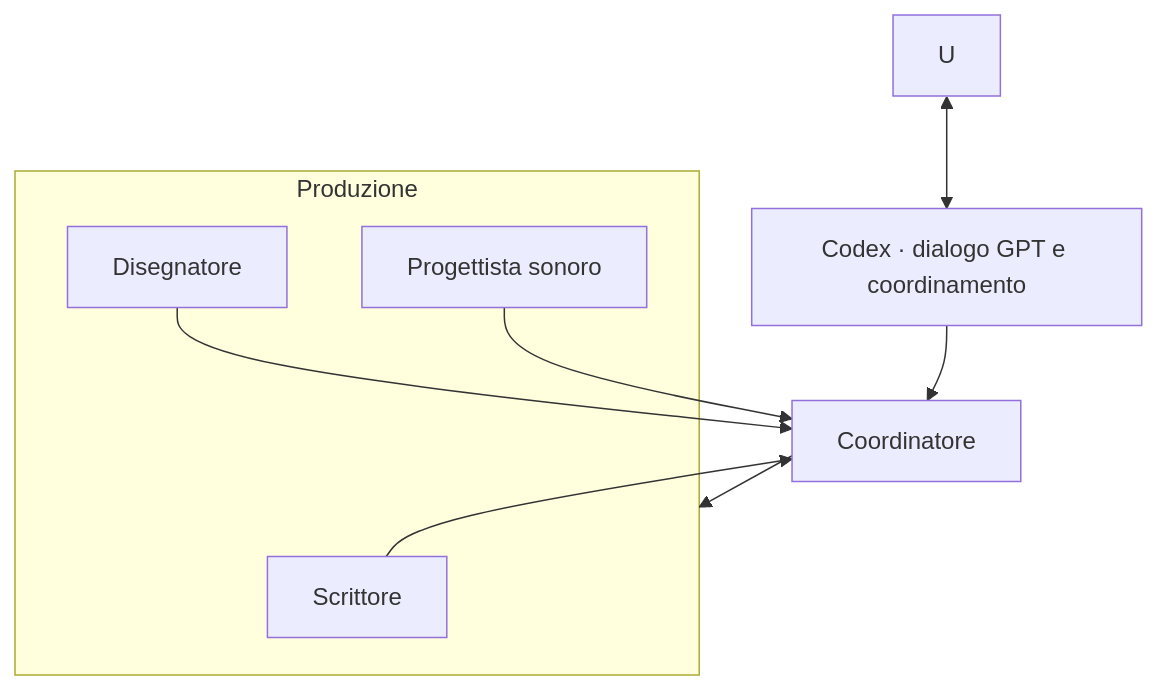
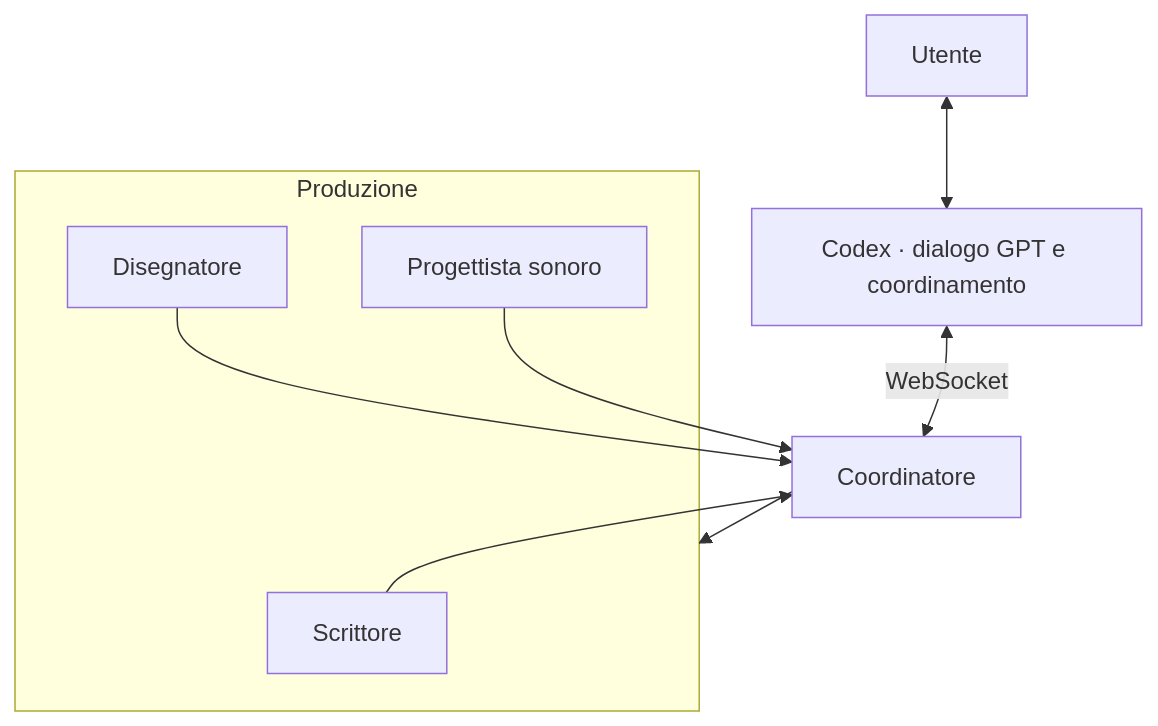
One commit to DRincs-Productions/LM-Studio changed the first of 10 diagrams in README.md. Above: the diagram before and after it, drawn with Mermaid.

Commit message:
docs: label user and bidirectional WebSocket coordinator link

````diff
--- a/README.md
+++ b/README.md
@@ -54,14 +54,14 @@
 ```mermaid
 flowchart TD
-    U <--> X[Codex · dialogo GPT e coordinamento]
-    X --> C[Coordinatore]
+    U[Utente] <--> X[Codex · dialogo GPT e coordinamento]
+    X <-->|WebSocket| C[Coordinatore]
     C --> PRODUZIONE
     subgraph PRODUZIONE[Produzione]
         W[Scrittore]
         D[Disegnatore]
         S[Progettista sonoro]
     end
     W --> C
     D --> C
     S --> C
 ```
````
